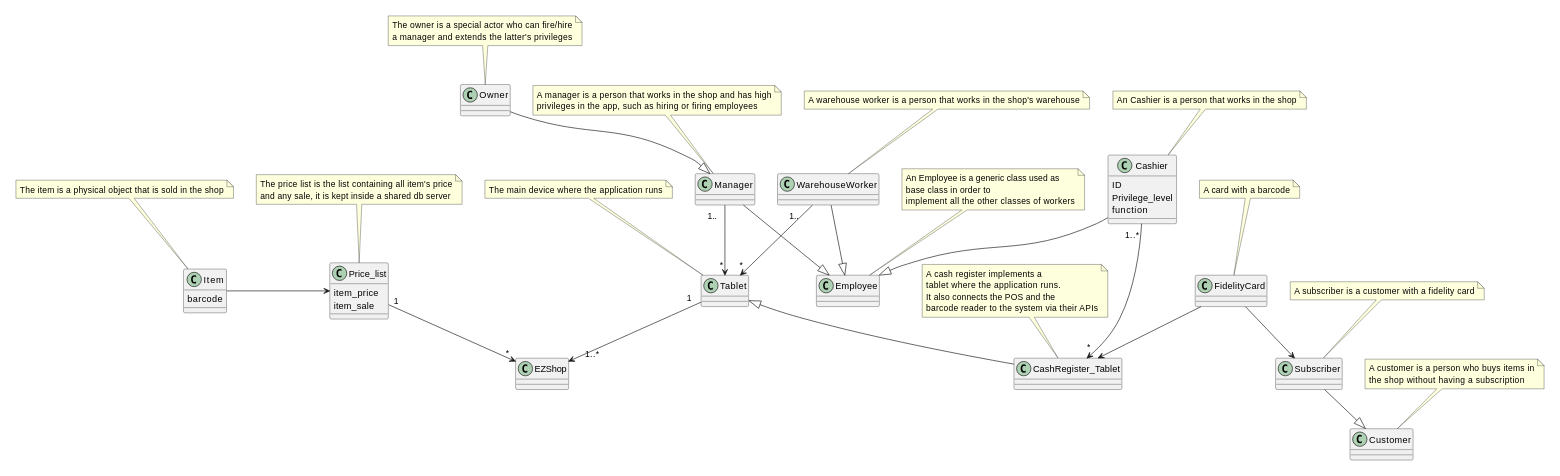
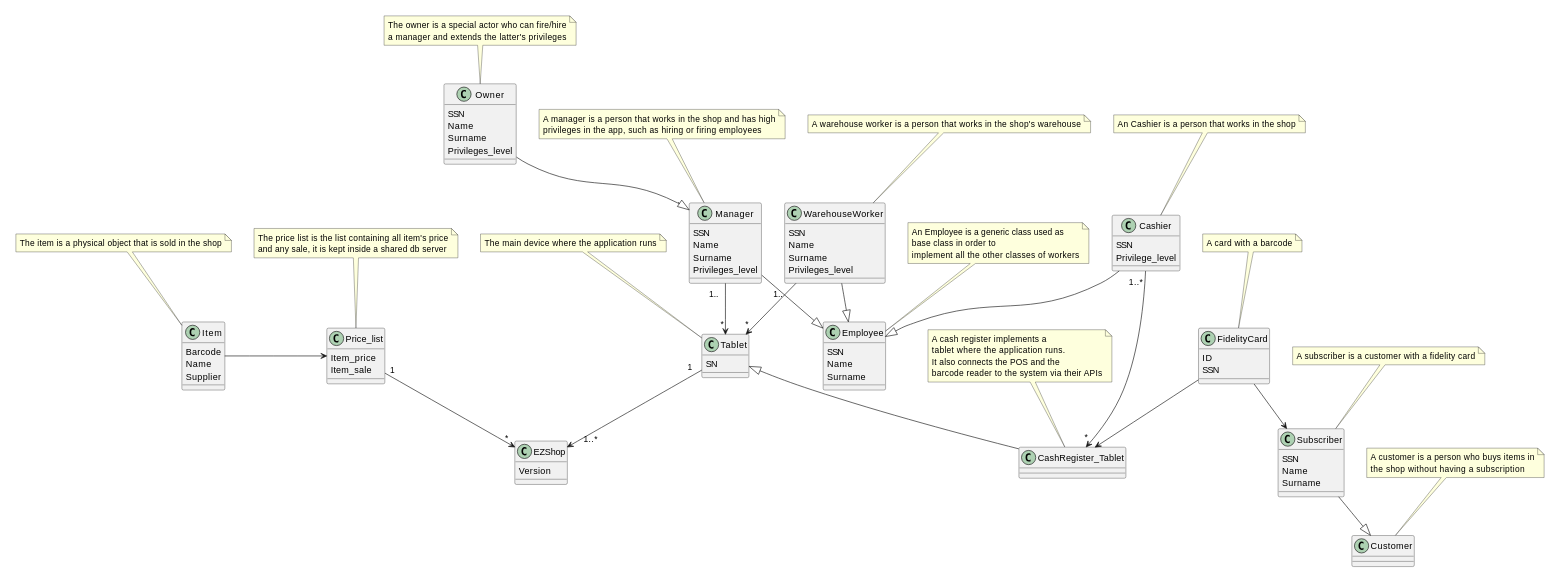
The third of 5 diagrams in Deliverables/RequirementsDocument.md (mkexc/ezshop), drawn with PlantUML before and after one commit. The commit also changed other lines of this file, not shown here.

Commit message:
docs: delete tablet from actors

```diff
--- a/Deliverables/RequirementsDocument.md
+++ b/Deliverables/RequirementsDocument.md
@@ -463,27 +454,58 @@
 scale max 1024 width
 
 class Cashier{
-    ID
+    SSN
     Privilege_level
-    function
 }
 class Price_list{
-    item_price
-    item_sale
+    Item_price
+    Item_sale
 }
-class Owner{}
-class Manager{}
-class EZShop{}
-class WarehouseWorker{}
-class Tablet{}
+class Owner{
+    SSN
+    Name
+    Surname
+    Privileges_level
+}
+class Manager{
+    SSN
+    Name
+    Surname
+    Privileges_level
+}
+class EZShop{
+    Version
+}
+class WarehouseWorker{
+    SSN
+    Name
+    Surname
+    Privileges_level
+}
+class Tablet{
+    SN
+}
 class CashRegister_Tablet{}
-class Employee{}
+class Employee{
+    SSN
+    Name
+    Surname
+}
 class Item{
-    barcode
+    Barcode
+    Name
+    Supplier
 }
 class Customer{}
-class Subscriber{}
-class FidelityCard{}
+class Subscriber{
+    SSN
+    Name
+    Surname
+}
+class FidelityCard{
+    ID 
+    SSN
+}
 
 Subscriber --|>Customer 
 Cashier --|>Employee
@@ -558,7 +580,6 @@
     The item is a physical object that is sold in the shop
 end note
 
-
 FidelityCardDescription ..>FidelityCard
 SubscriberDescription ..>Subscriber
 CustomerDescription ..> Customer
```
